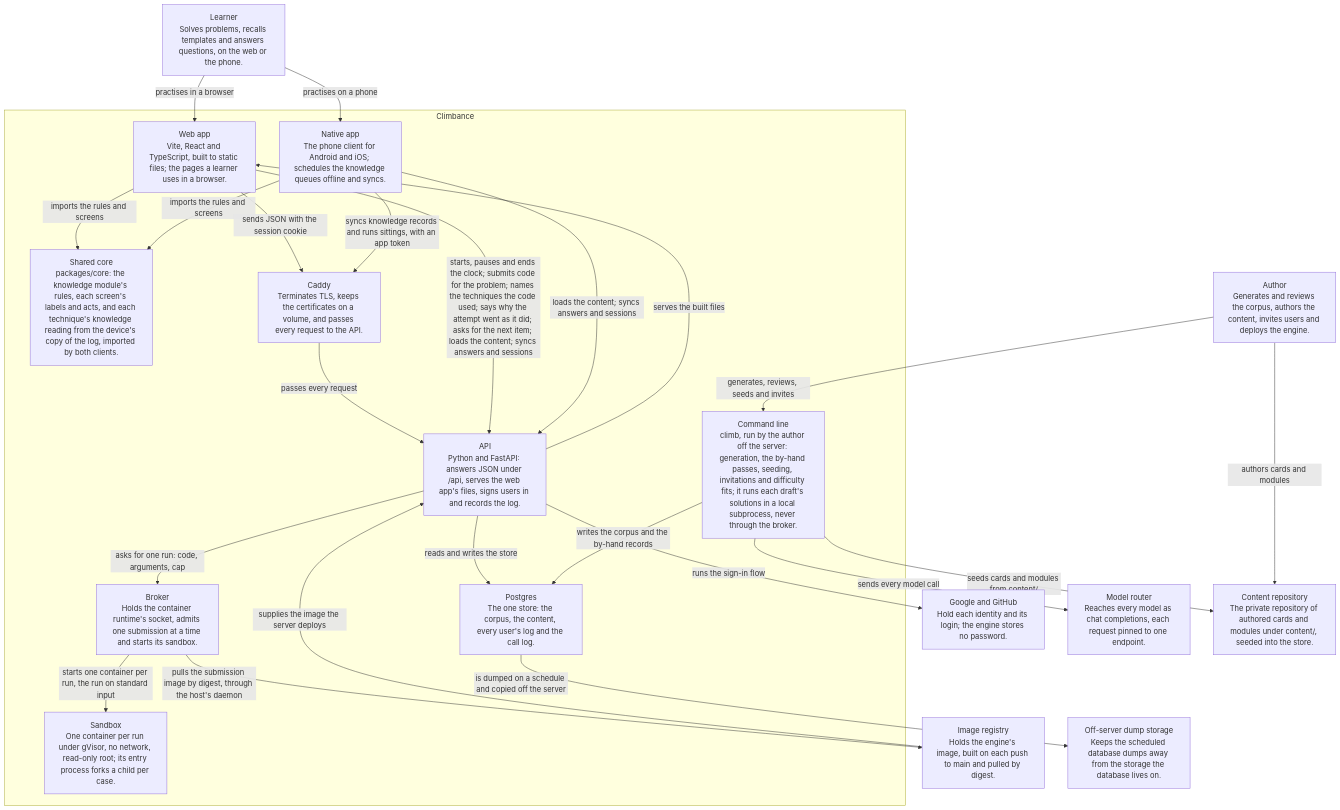
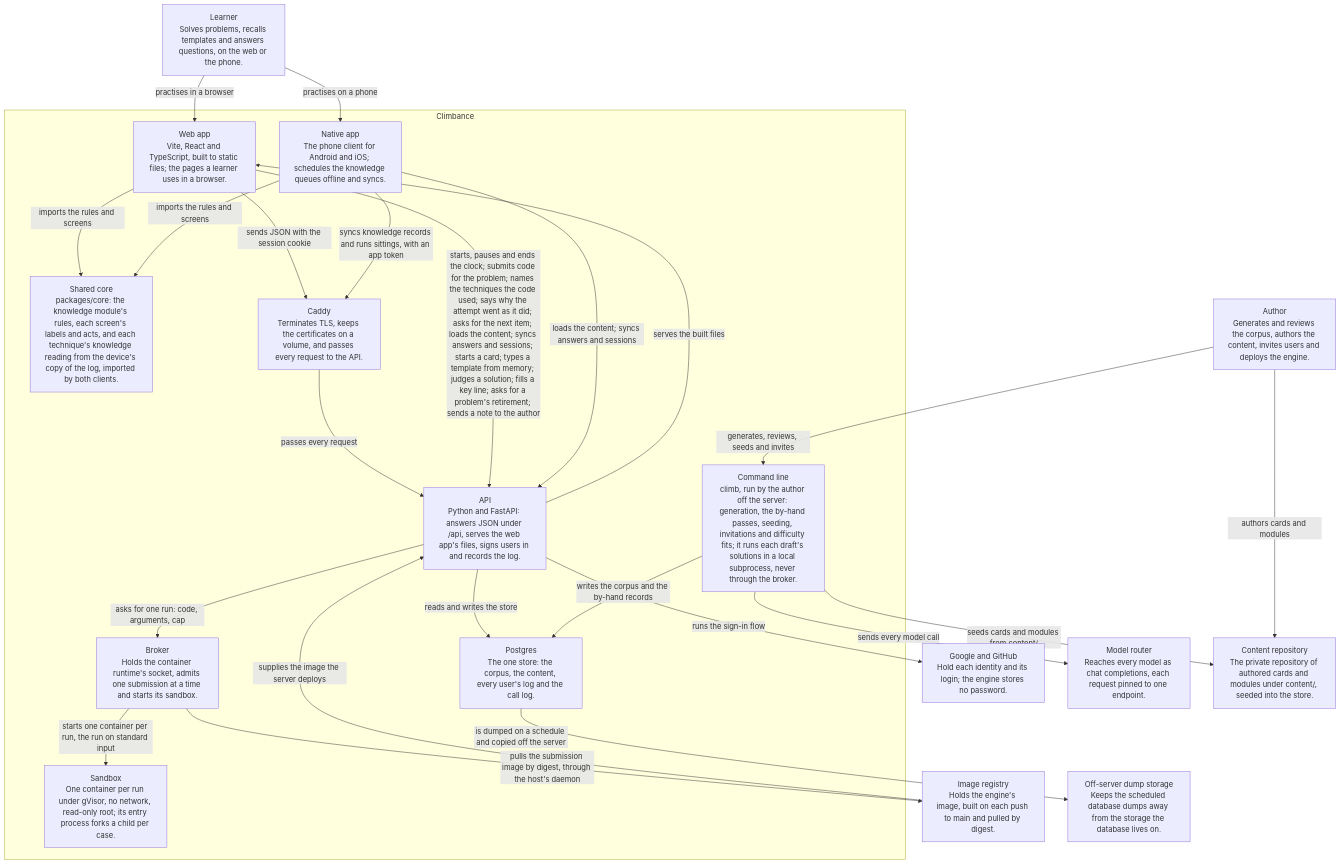
One commit to climbance/climbance changed the second of 4 diagrams in docs/architecture/README.md. Above: the diagram before and after it, drawn with Mermaid. The commit also changed other lines of this file and 91 other files, not shown here.

First line of the commit message:
docs(architecture): split log.md by element

````diff
--- a/docs/architecture/README.md
+++ b/docs/architecture/README.md
@@ -35,43 +35,43 @@
 ```mermaid
 flowchart TB
     learner["Learner<br/>Solves problems, recalls templates and answers questions, on the web or the phone."]
     author["Author<br/>Generates and reviews the corpus, authors the content, invites users and deploys the engine."]
     identity_providers["Google and GitHub<br/>Hold each identity and its login; the engine stores no password."]
     model_router["Model router<br/>Reaches every model as chat completions, each request pinned to one endpoint."]
     content_repo["Content repository<br/>The private repository of authored cards and modules under content/, seeded into the store."]
     image_registry["Image registry<br/>Holds the engine's image, built on each push to main and pulled by digest."]
     offsite_dumps["Off-server dump storage<br/>Keeps the scheduled database dumps away from the storage the database lives on."]
     subgraph engine["Climbance"]
         web_app["Web app<br/>Vite, React and TypeScript, built to static files; the pages a learner uses in a browser."]
         native_app["Native app<br/>The phone client for Android and iOS; schedules the knowledge queues offline and syncs."]
         core_package["Shared core<br/>packages/core: the knowledge module's rules, each screen's labels and acts, and each technique's knowledge reading from the device's copy of the log, imported by both clients."]
         proxy["Caddy<br/>Terminates TLS, keeps the certificates on a volume, and passes every request to the API."]
         api["API<br/>Python and FastAPI: answers JSON under /api, serves the web app's files, signs users in and records the log."]
         broker["Broker<br/>Holds the container runtime's socket, admits one submission at a time and starts its sandbox."]
         sandbox["Sandbox<br/>One container per run under gVisor, no network, read-only root; its entry process forks a child per case."]
         database["Postgres<br/>The one store: the corpus, the content, every user's log and the call log."]
         cli["Command line<br/>climb, run by the author off the server: generation, the by-hand passes, seeding, invitations and difficulty fits; it runs each draft's solutions in a local subprocess, never through the broker."]
     end
     learner -->|"practises in a browser"| web_app
     learner -->|"practises on a phone"| native_app
     author -->|"generates, reviews, seeds and invites"| cli
     author -->|"authors cards and modules"| content_repo
     web_app -->|"imports the rules and screens"| core_package
     native_app -->|"imports the rules and screens"| core_package
     web_app -->|"sends JSON with the session cookie"| proxy
     native_app -->|"syncs knowledge records and runs sittings, with an app token"| proxy
     proxy -->|"passes every request"| api
     api -->|"serves the built files"| web_app
     api -->|"runs the sign-in flow"| identity_providers
     api -->|"reads and writes the store"| database
     api -->|"asks for one run: code, arguments, cap"| broker
     broker -->|"starts one container per run, the run on standard input"| sandbox
     broker -->|"pulls the submission image by digest, through the host's daemon"| image_registry
     cli -->|"sends every model call"| model_router
     cli -->|"writes the corpus and the by-hand records"| database
     cli -->|"seeds cards and modules from content/"| content_repo
     image_registry -->|"supplies the image the server deploys"| api
     database -->|"is dumped on a schedule and copied off the server"| offsite_dumps
-    web_app -->|"starts, pauses and ends the clock; submits code for the problem; names the techniques the code used; says why the attempt went as it did; asks for the next item; loads the content; syncs answers and sessions"| api
+    web_app -->|"starts, pauses and ends the clock; submits code for the problem; names the techniques the code used; says why the attempt went as it did; asks for the next item; loads the content; syncs answers and sessions; starts a card; types a template from memory; judges a solution; fills a key line; asks for a problem's retirement; sends a note to the author"| api
     native_app -->|"loads the content; syncs answers and sessions"| api
 ```
````
